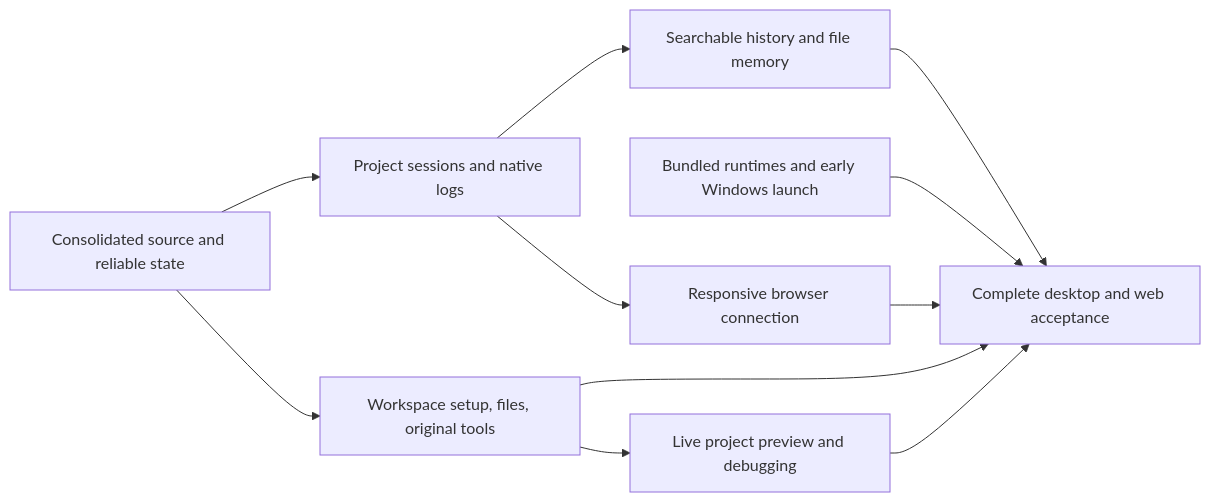
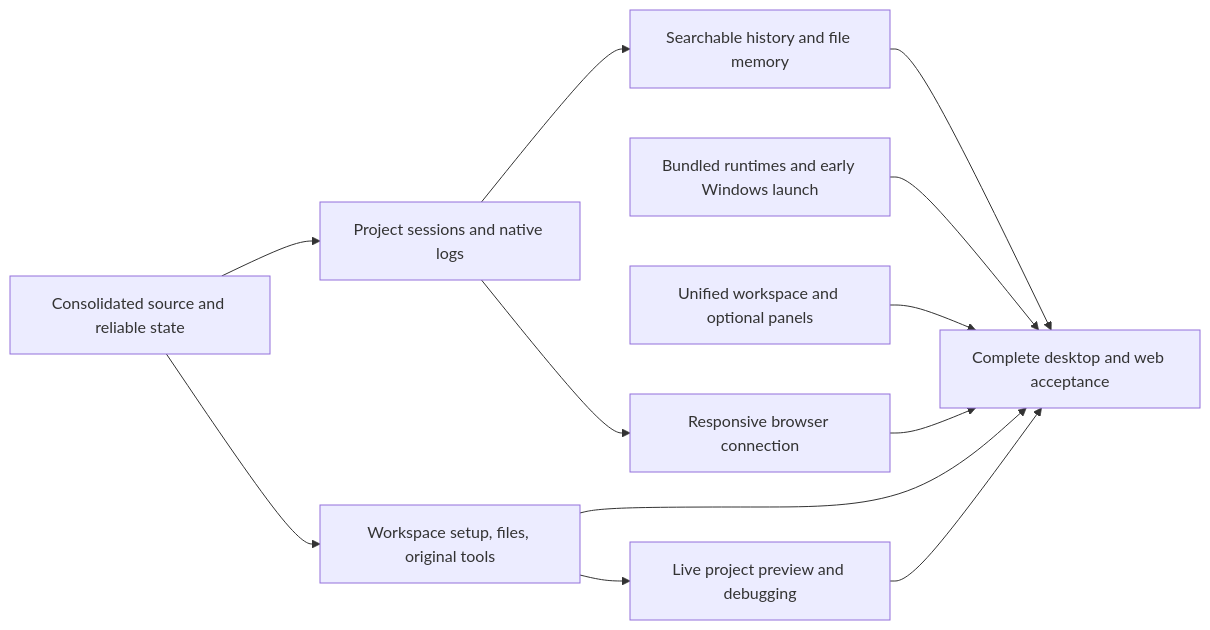
The diagram in docs/product/multi-project/desktop-release.md (vivary-dev/Vivary-New), drawn with Mermaid before and after one commit. The commit also changed other lines of this file and 1 other file, not shown here.

Commit message:
docs: correct workspace ownership and acceptance references

````diff
--- a/docs/product/multi-project/desktop-release.md
+++ b/docs/product/multi-project/desktop-release.md
@@ -145,13 +148,14 @@
 ```mermaid
 flowchart LR
   A[Consolidated source and reliable state] --> B[Project sessions and native logs]
   B --> C[Searchable history and file memory]
   A --> D[Workspace setup, files, original tools]
   P[Bundled runtimes and early Windows launch] --> E[Complete desktop and web acceptance]
   C --> E
+  U[Unified workspace and optional panels] --> E
   D --> E
   B --> W[Responsive browser connection]
   W --> E
   D --> V[Live project preview and debugging]
   V --> E
 ```
````
